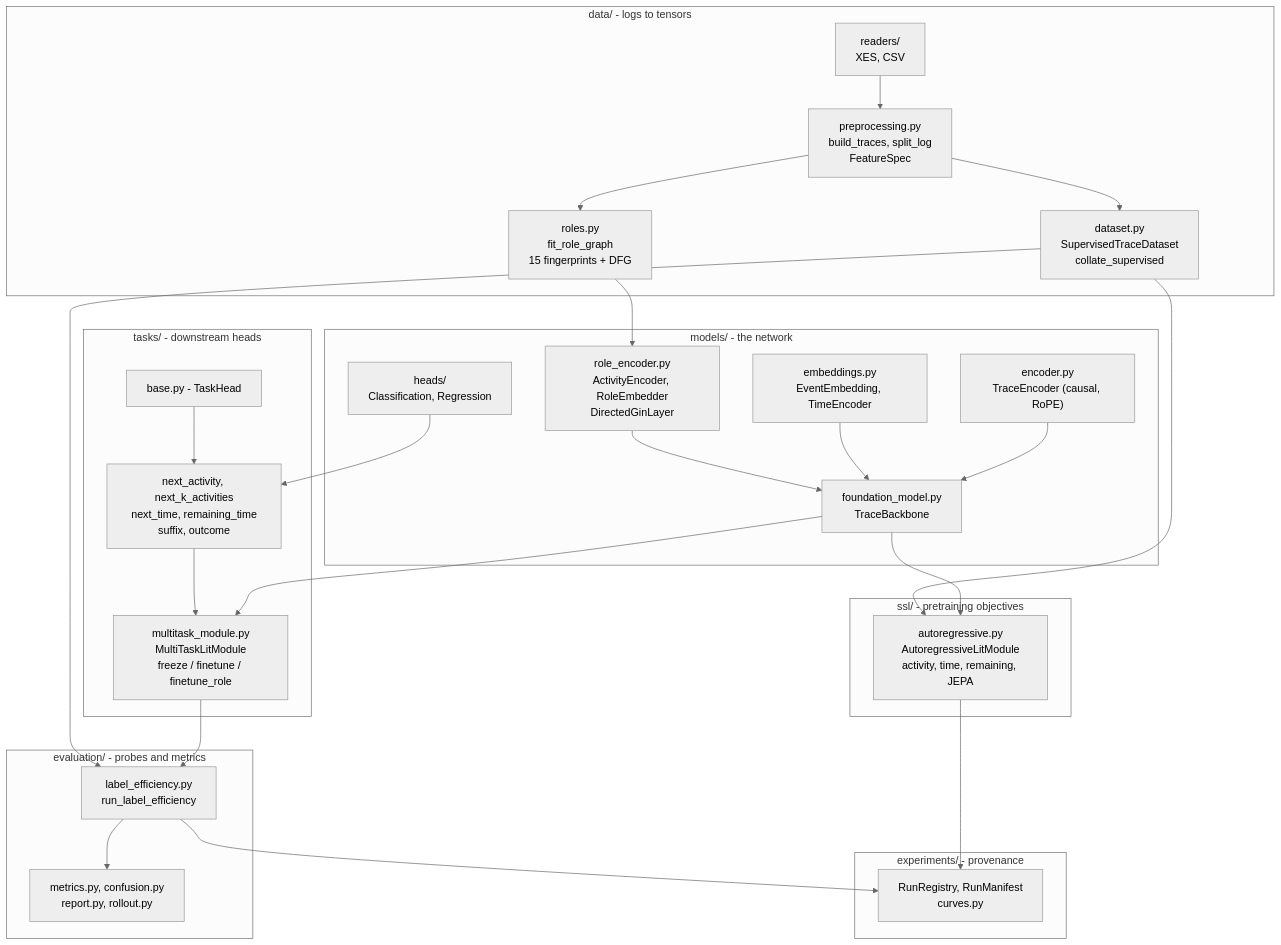
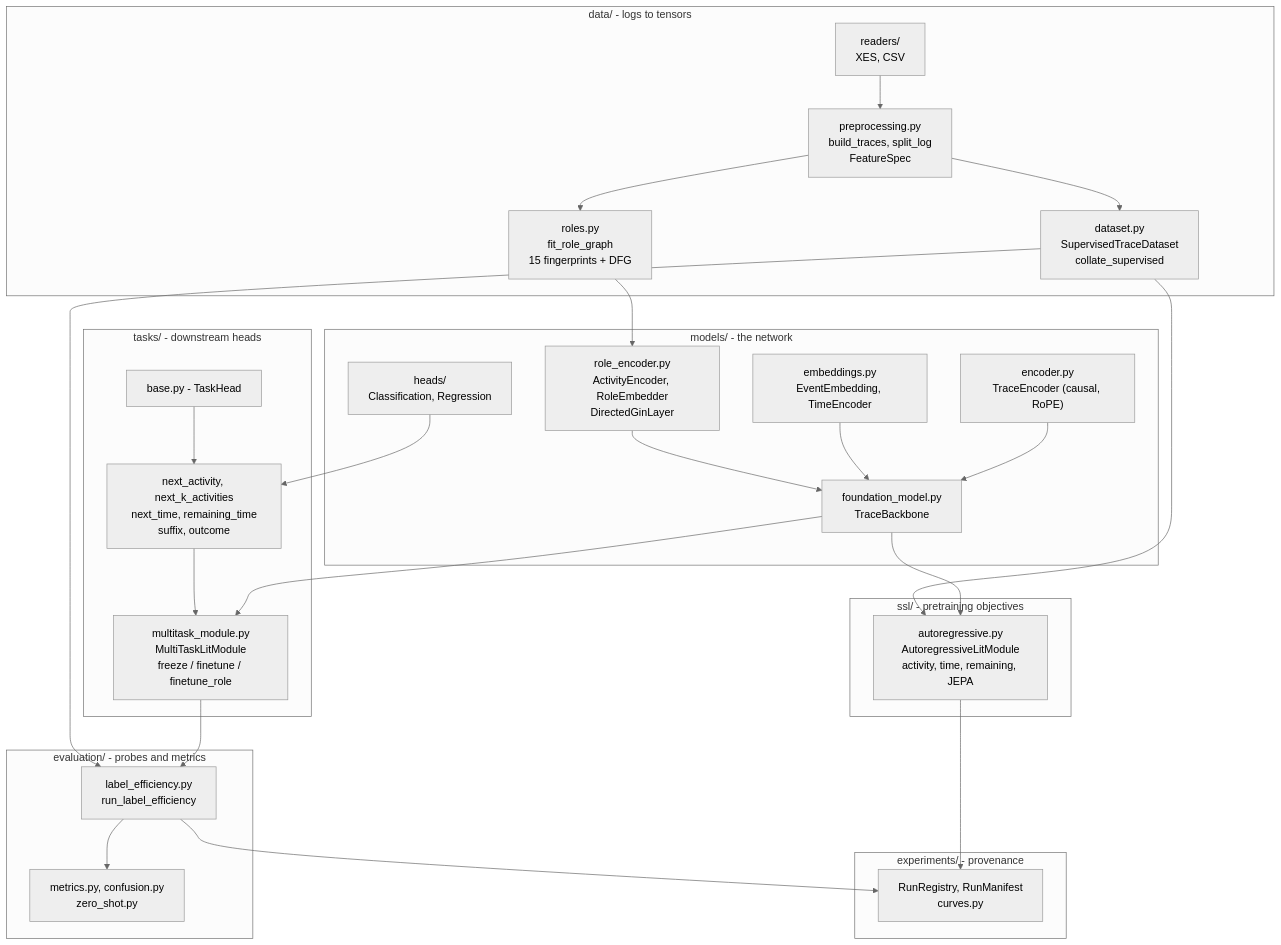
One commit to tuhh-ncps/process-foundation-model changed the third of 4 diagrams in ARCHITECTURE.md. Above: the diagram before and after it, drawn with Mermaid (neutral theme). The commit also changed other lines of this file and 32 other files, not shown here.

````diff
--- a/ARCHITECTURE.md
+++ b/ARCHITECTURE.md
@@ -81,53 +81,53 @@
 ```mermaid
 flowchart TB
     subgraph data["data/ - logs to tensors"]
         RD["readers/<br/>XES, CSV"]
         PP["preprocessing.py<br/>build_traces, split_log<br/>FeatureSpec"]
         RO["roles.py<br/>fit_role_graph<br/>15 fingerprints + DFG"]
         DS["dataset.py<br/>SupervisedTraceDataset<br/>collate_supervised"]
         RD --> PP --> DS
         PP --> RO
     end
 
     subgraph models["models/ - the network"]
         RE["role_encoder.py<br/>ActivityEncoder, RoleEmbedder<br/>DirectedGinLayer"]
         EM["embeddings.py<br/>EventEmbedding, TimeEncoder"]
         EN["encoder.py<br/>TraceEncoder (causal, RoPE)"]
         FM["foundation_model.py<br/>TraceBackbone"]
         HD["heads/<br/>Classification, Regression"]
         RE --> FM
         EM --> FM
         EN --> FM
     end
 
     subgraph ssl["ssl/ - pretraining objectives"]
         AR["autoregressive.py<br/>AutoregressiveLitModule<br/>activity, time, remaining, JEPA"]
     end
 
     subgraph tasks["tasks/ - downstream heads"]
         BS["base.py - TaskHead"]
         MM["multitask_module.py<br/>MultiTaskLitModule<br/>freeze / finetune / finetune_role"]
         TH["next_activity, next_k_activities<br/>next_time, remaining_time<br/>suffix, outcome"]
         BS --> TH --> MM
     end
 
     subgraph evaluation["evaluation/ - probes and metrics"]
         LE["label_efficiency.py<br/>run_label_efficiency"]
-        MT["metrics.py, confusion.py<br/>report.py, rollout.py"]
+        MT["metrics.py, confusion.py<br/>zero_shot.py"]
     end
 
     subgraph experiments["experiments/ - provenance"]
         RG["RunRegistry, RunManifest<br/>curves.py"]
     end
 
     RO --> RE
     DS --> AR
     FM --> AR
     FM --> MM
     HD --> TH
     DS --> LE
     MM --> LE
     LE --> MT
     AR --> RG
     LE --> RG
 ```
````
